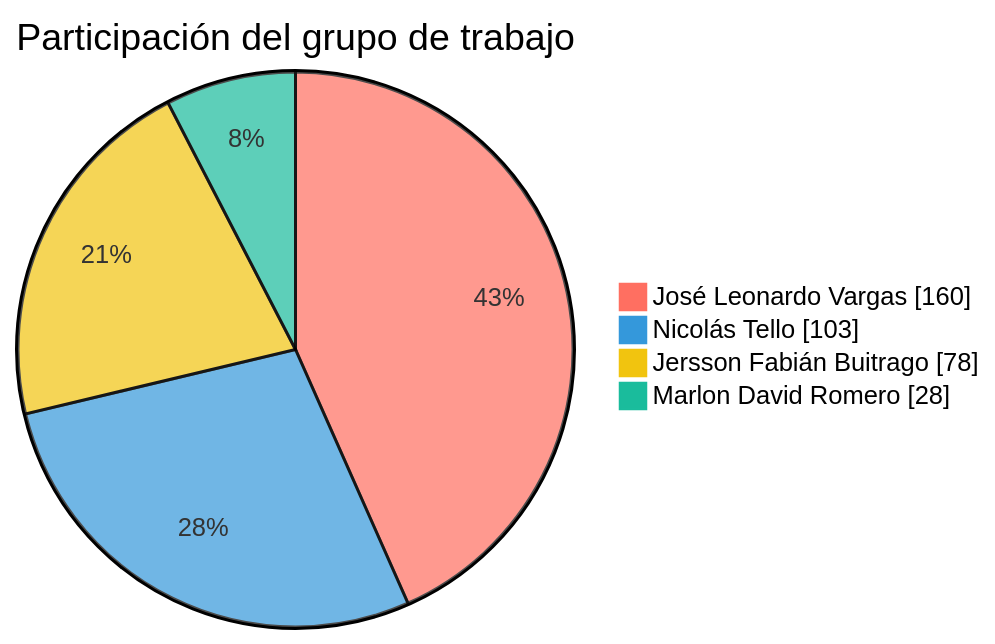
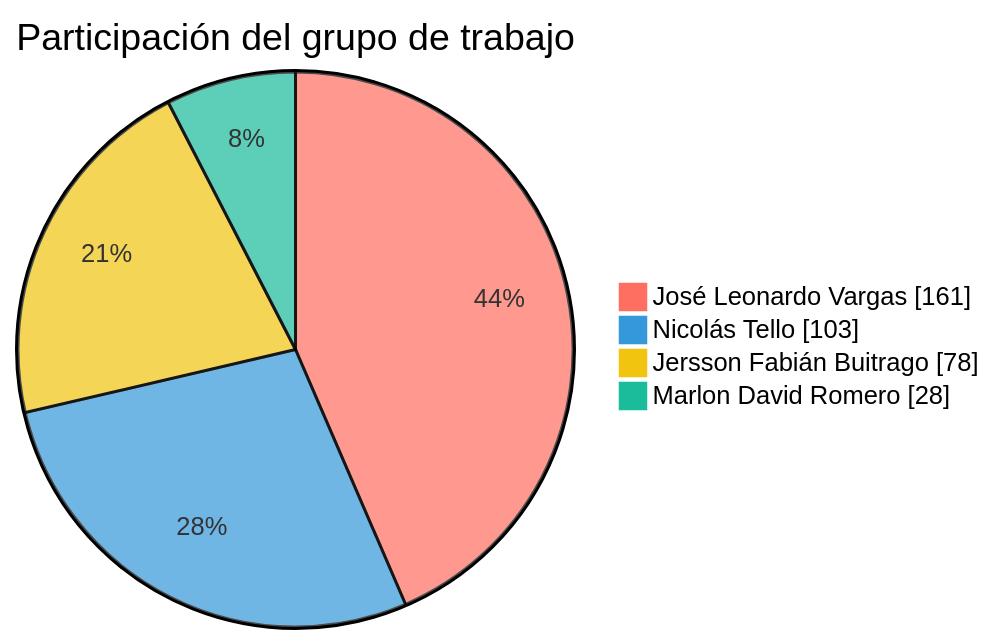
One commit to FarmaExpres/FarmaExpres changed the first of 2 diagrams in README.md. Above: the diagram before and after it, drawn with Mermaid. The commit also changed other lines of this file and 1 other file, not shown here.

````diff
--- a/README.md
+++ b/README.md
@@ -389,9 +389,9 @@
 ```mermaid
 %%{init: {"themeVariables": {"pie1": "#ff6f61", "pie2": "#3498db", "pie3": "#f1c40f", "pie4": "#1abc9c", "pieLabelColor": "#000000", "pieLabelFontSize": "24px", "pieLabelFontWeight": "700"}}}%%
 pie showData
     title Participación del grupo de trabajo
-    "José Leonardo Vargas" : 160
+    "José Leonardo Vargas" : 161
     "Nicolás Tello" : 103
     "Jersson Fabián Buitrago" : 78
     "Marlon David Romero" : 28
 ```
````
